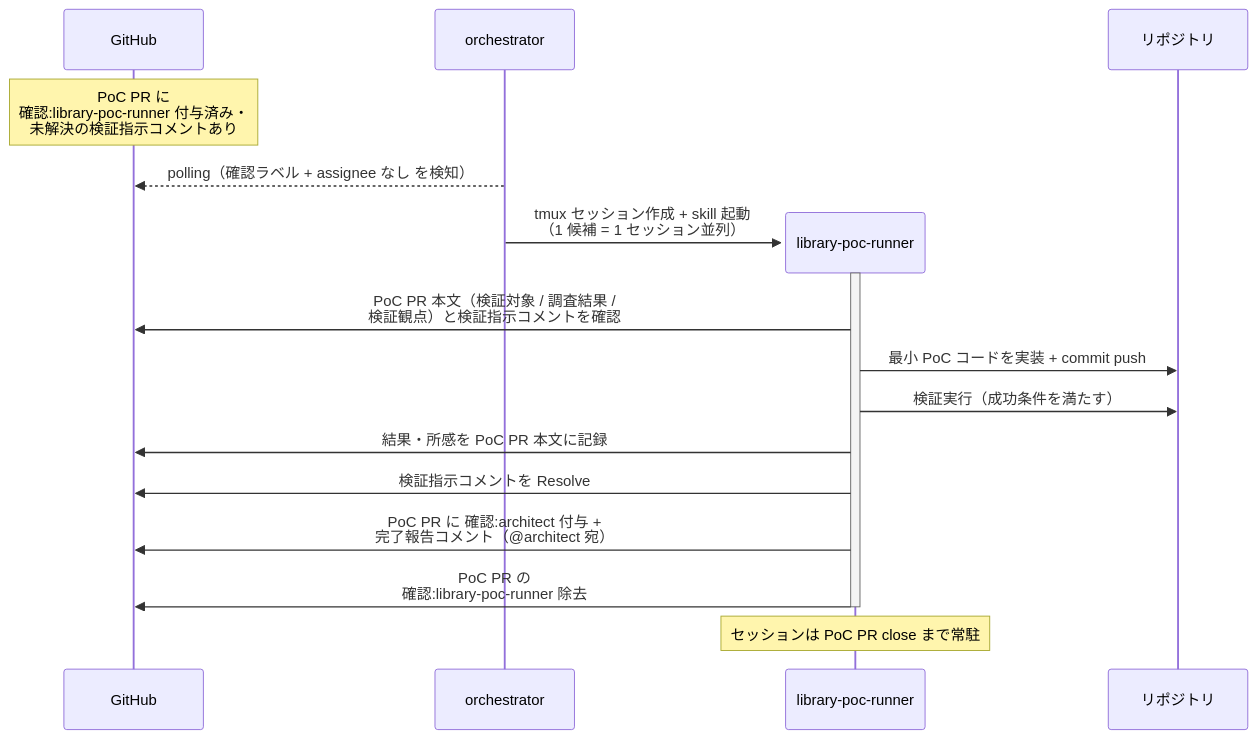
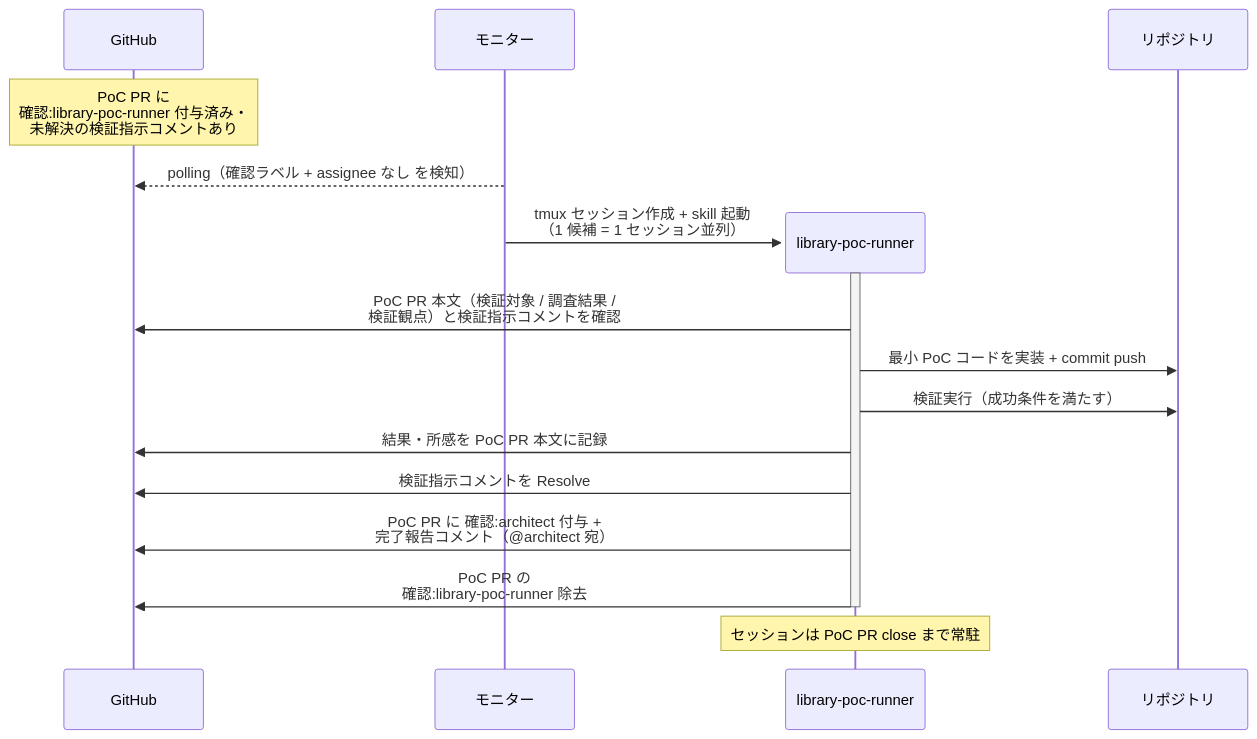
One commit to shuhei1101/ai-monitor changed the first of 3 diagrams in docs/wiki/設計図/シナリオ/単一ユースケース/ライブラリPoC検証.md. Above: the diagram before and after it, drawn with Mermaid. The commit also changed other lines of this file and 196 other files, not shown here.

````diff
--- a/docs/wiki/設計図/シナリオ/単一ユースケース/ライブラリPoC検証.md
+++ b/docs/wiki/設計図/シナリオ/単一ユースケース/ライブラリPoC検証.md
@@ -20,21 +22,21 @@
 ```mermaid
 sequenceDiagram
   participant GH as GitHub
-  participant ORC as orchestrator
+  participant ORC as モニター
 
   Note over GH: PoC PR に<br>確認:library-poc-runner 付与済み・<br>未解決の検証指示コメントあり
   ORC-->>GH: polling（確認ラベル + assignee なし を検知）
   create participant MON as library-poc-runner
   ORC->>MON: tmux セッション作成 + skill 起動<br>（1 候補 = 1 セッション並列）
   participant REPO as リポジトリ
   activate MON
   MON->>GH: PoC PR 本文（検証対象 / 調査結果 /<br>検証観点）と検証指示コメントを確認
   MON->>REPO: 最小 PoC コードを実装 + commit push
   MON->>REPO: 検証実行（成功条件を満たす）
   MON->>GH: 結果・所感を PoC PR 本文に記録
   MON->>GH: 検証指示コメントを Resolve
   MON->>GH: PoC PR に 確認:architect 付与 +<br>完了報告コメント（@architect 宛）
   MON->>GH: PoC PR の<br>確認:library-poc-runner 除去
   deactivate MON
   Note over MON: セッションは PoC PR close まで常駐
 ```
````
